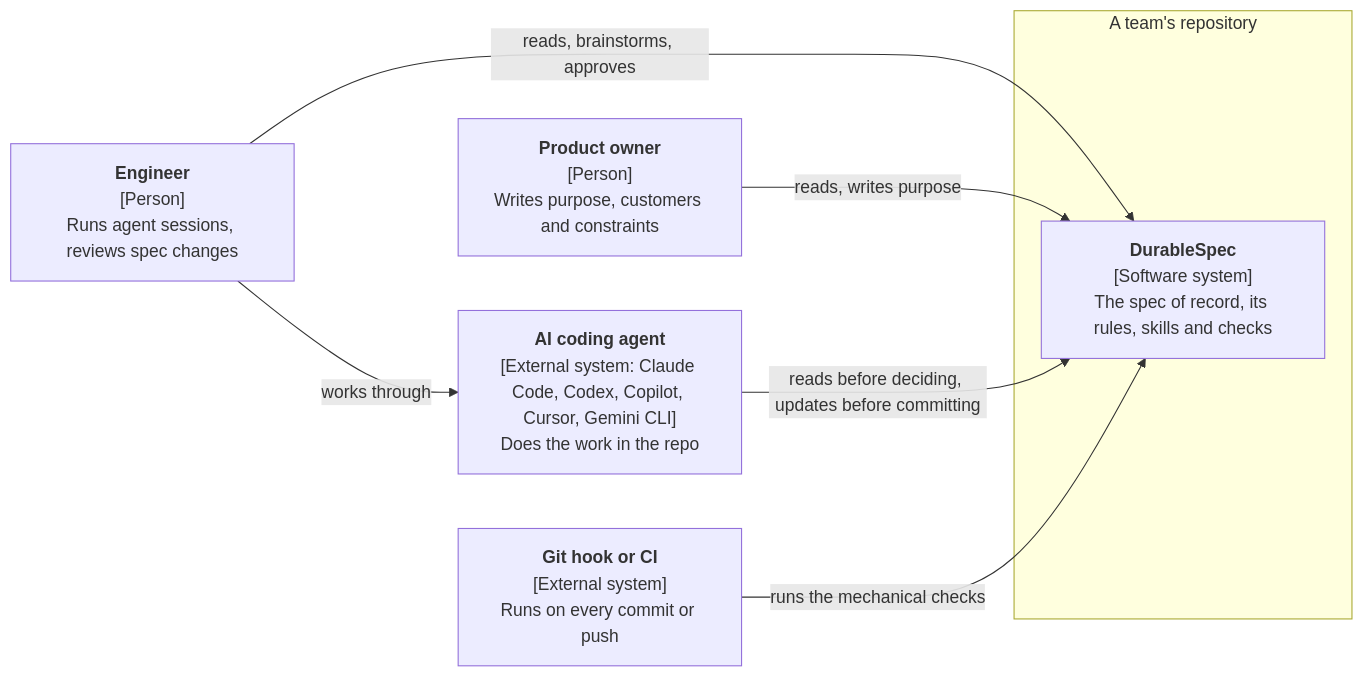
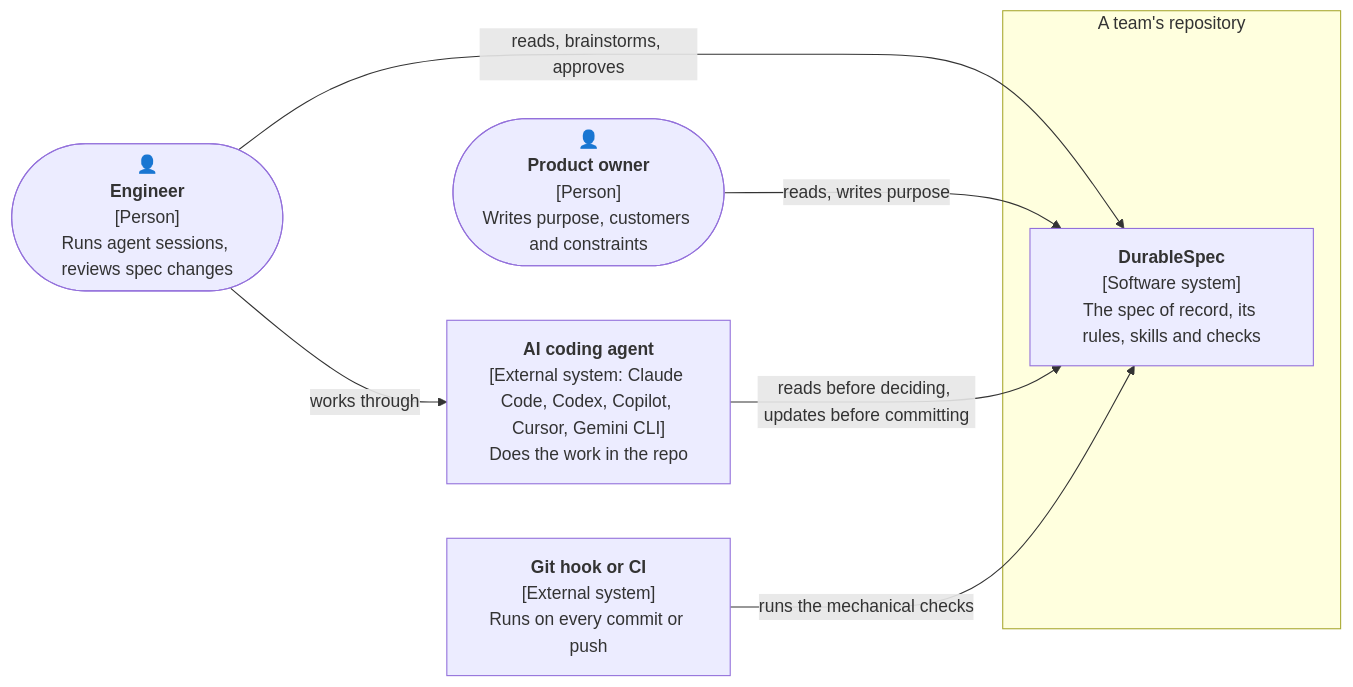
One commit to pikelabs-ai/durablespec changed the diagram in doc/spec/purpose/overview.md. Above: the diagram before and after it, drawn with Mermaid. The commit also changed 7 other files, not shown here.

Commit message:
People in C4 diagrams get a figure: rounded box headed by 👤 (0.3.4)

````diff
--- a/doc/spec/purpose/overview.md
+++ b/doc/spec/purpose/overview.md
@@ -22,15 +22,15 @@
 ```mermaid
 flowchart LR
-  eng["<b>Engineer</b><br/>[Person]<br/>Runs agent sessions, reviews spec changes"]
-  po["<b>Product owner</b><br/>[Person]<br/>Writes purpose, customers and constraints"]
+  eng(["👤<br/><b>Engineer</b><br/>[Person]<br/>Runs agent sessions, reviews spec changes"])
+  po(["👤<br/><b>Product owner</b><br/>[Person]<br/>Writes purpose, customers and constraints"])
   agent["<b>AI coding agent</b><br/>[External system: Claude Code, Codex, Copilot, Cursor, Gemini CLI]<br/>Does the work in the repo"]
   subgraph repo["A team's repository"]
     ds["<b>DurableSpec</b><br/>[Software system]<br/>The spec of record, its rules, skills and checks"]
   end
   ci["<b>Git hook or CI</b><br/>[External system]<br/>Runs on every commit or push"]
   eng -- "reads, brainstorms, approves" --> ds
   po -- "reads, writes purpose" --> ds
   eng -- "works through" --> agent
   agent -- "reads before deciding, updates before committing" --> ds
   ci -- "runs the mechanical checks" --> ds
 ```
````
